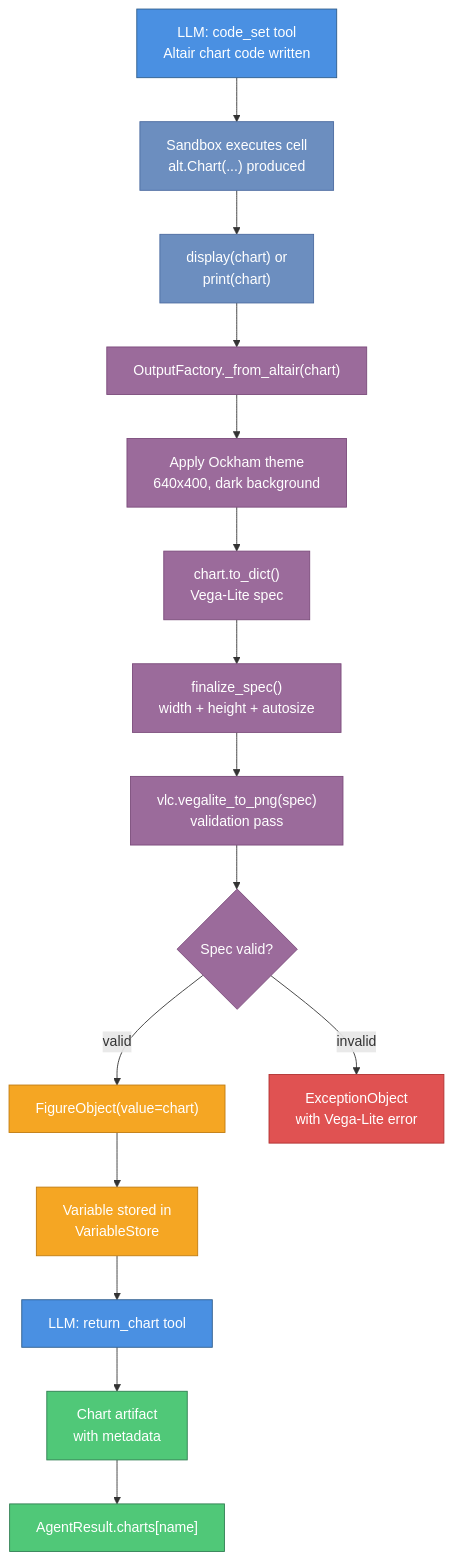
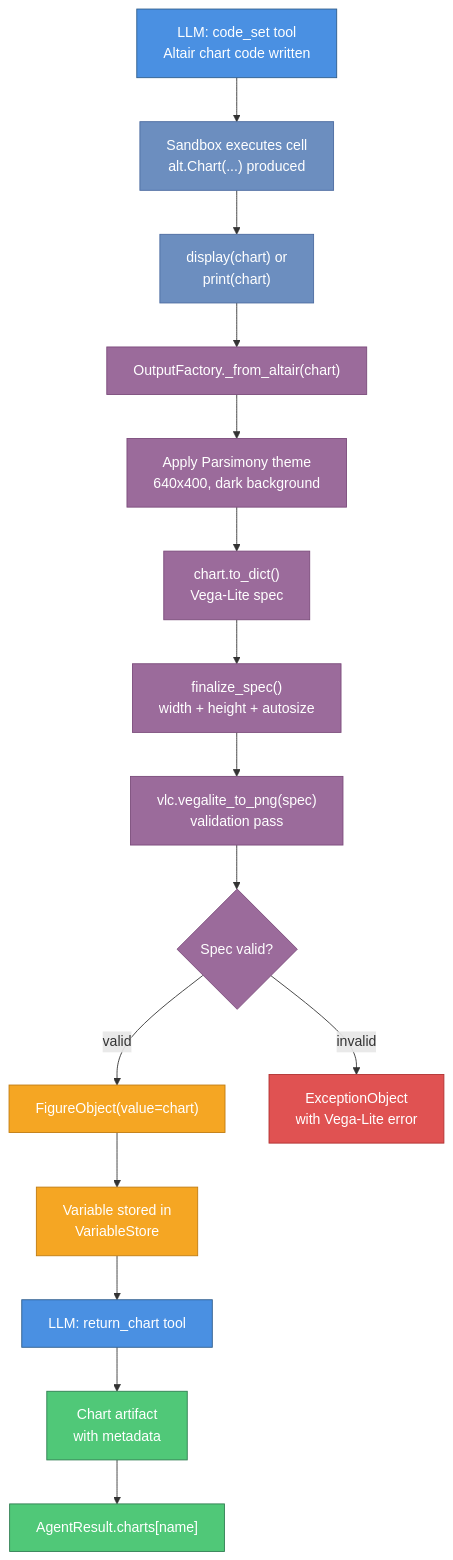
The fourth of 4 diagrams in docs/architecture.md (ockham-sh/parsimony-agents), drawn with Mermaid before and after one commit. The commit also changed other lines of this file and 115 other files, not shown here.

First line of the commit message:
refactor: rename package from ockham-agents to parsimony-agents

````diff
--- a/docs/architecture.md
+++ b/docs/architecture.md
@@ -384,29 +384,29 @@
 ```mermaid
 graph TD
     classDef llm fill:#4A90E2,stroke:#2E5C8A,color:#fff
     classDef sandbox fill:#6C8EBF,stroke:#4A6A9F,color:#fff
     classDef factory fill:#9B6B9B,stroke:#7A4A7A,color:#fff
     classDef store fill:#F5A623,stroke:#C07B10,color:#fff
     classDef output fill:#50C878,stroke:#2E7D50,color:#fff
     classDef error fill:#E05252,stroke:#B03030,color:#fff
 
     A["LLM: code_set tool\nAltair chart code written"]:::llm
     B["Sandbox executes cell\nalt.Chart(...) produced"]:::sandbox
     C["display(chart) or\nprint(chart)"]:::sandbox
     D["OutputFactory._from_altair(chart)"]:::factory
-    E["Apply Ockham theme\n640x400, dark background"]:::factory
+    E["Apply Parsimony theme\n640x400, dark background"]:::factory
     F["chart.to_dict()\nVega-Lite spec"]:::factory
     G["finalize_spec()\nwidth + height + autosize"]:::factory
     H["vlc.vegalite_to_png(spec)\nvalidation pass"]:::factory
     I{"Spec valid?"}:::factory
     J["FigureObject(value=chart)"]:::store
     K["ExceptionObject\nwith Vega-Lite error"]:::error
     L["Variable stored in\nVariableStore"]:::store
     M["LLM: return_chart tool"]:::llm
     N["Chart artifact\nwith metadata"]:::output
     O["AgentResult.charts[name]"]:::output
 
     A --> B --> C --> D --> E --> F --> G --> H --> I
     I -->|"valid"| J --> L --> M --> N --> O
     I -->|"invalid"| K
 ```
````
